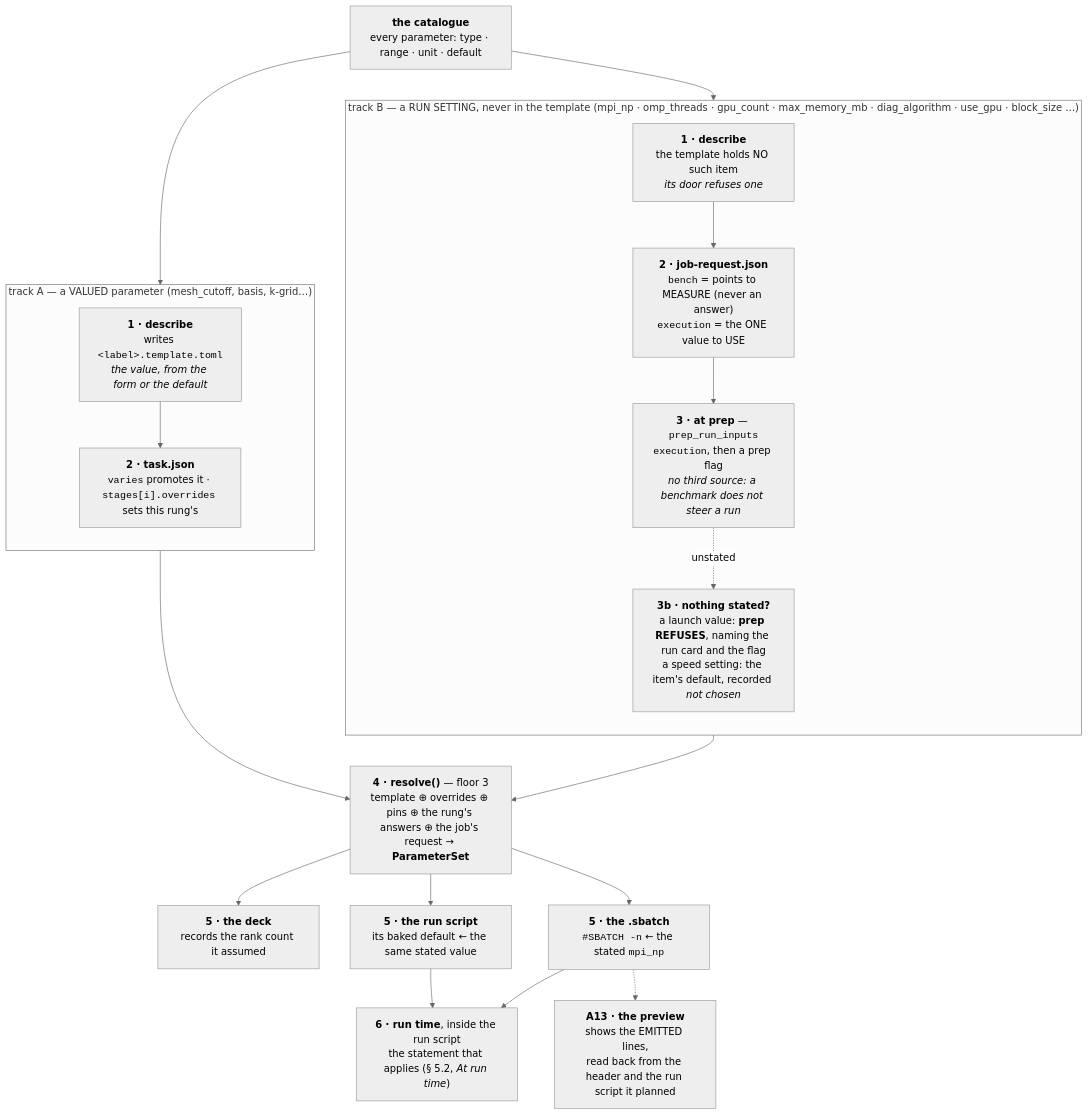
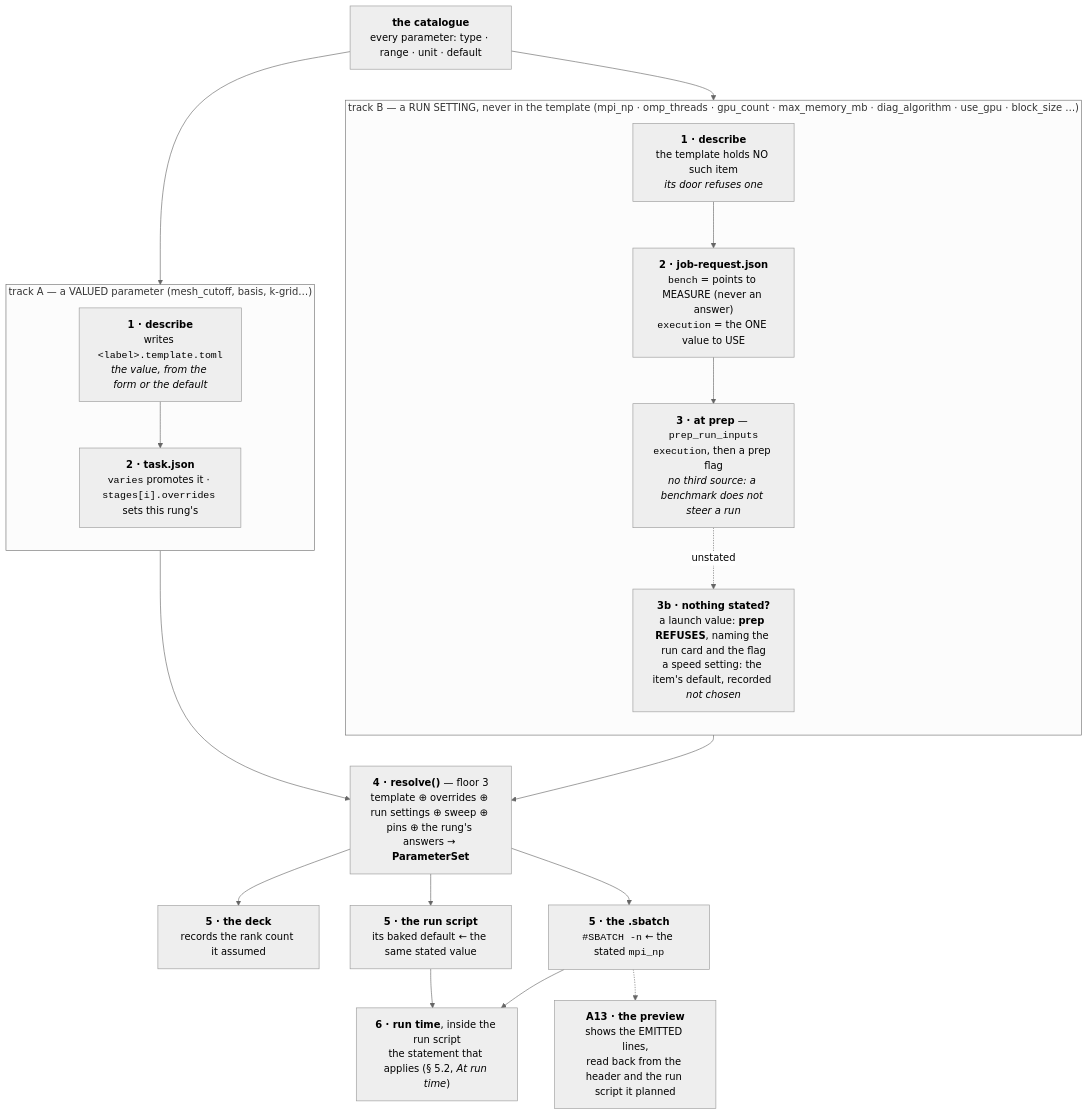
One commit to Qing-LAB/molbuilder changed the fifth of 7 diagrams in docs/execution/architecture.md. Above: the diagram before and after it, drawn with Mermaid (neutral theme). The commit also changed other lines of this file and 59 other files, not shown here.

````diff
--- a/docs/execution/architecture.md
+++ b/docs/execution/architecture.md
@@ -1114,39 +1111,39 @@
 ```mermaid
 flowchart TB
     CAT["<b>the catalogue</b><br/>every parameter: type · range · unit · default"]
 
     subgraph VAL["track A — a VALUED parameter (mesh_cutoff, basis, k-grid…)"]
         direction TB
         A1["<b>1 · describe</b><br/>writes <code>&lt;label&gt;.template.toml</code><br/><i>the value, from the form or the default</i>"]
         A2["<b>2 · task.json</b><br/><code>varies</code> promotes it · <code>stages[i].overrides</code> sets this rung's"]
         A1 --> A2
     end
 
     subgraph MACH["track B — a RUN SETTING, never in the template (mpi_np · omp_threads · gpu_count · max_memory_mb · diag_algorithm · use_gpu · block_size …)"]
         direction TB
         B1["<b>1 · describe</b><br/>the template holds NO such item<br/><i>its door refuses one</i>"]
         B2["<b>2 · job-request.json</b><br/><code>bench</code> = points to MEASURE (never an answer)<br/><code>execution</code> = the ONE value to USE"]
         B3["<b>3 · at prep</b> — <code>prep_run_inputs</code><br/><code>execution</code>, then a prep flag<br/><i>no third source: a benchmark does not steer a run</i>"]
         B4["<b>3b · nothing stated?</b><br/>a launch value: <b>prep REFUSES</b>, naming the run card and the flag<br/>a speed setting: the item's default, recorded <i>not chosen</i>"]
         B1 --> B2 --> B3
         B3 -.->|"unstated"| B4
     end
 
-    RES["<b>4 · resolve()</b> — floor 3<br/>template ⊕ overrides ⊕ pins ⊕ the rung's answers ⊕ the job's request → <b>ParameterSet</b>"]
+    RES["<b>4 · resolve()</b> — floor 3<br/>template ⊕ overrides ⊕ run settings ⊕ sweep ⊕ pins ⊕ the rung's answers → <b>ParameterSet</b>"]
     DECK["<b>5 · the deck</b><br/>records the rank count it assumed"]
     SB["<b>5 · the .sbatch</b><br/><code>#SBATCH -n</code> ← the stated <code>mpi_np</code>"]
     WRAP["<b>5 · the run script</b><br/>its baked default ← the same stated value"]
     RUN["<b>6 · run time</b>, inside the run script<br/>the statement that applies (§ 5.2, <i>At run time</i>)"]
     CARD["<b>A13 · the preview</b><br/>shows the EMITTED lines,<br/>read back from the header and the run script it planned"]
 
     CAT --> A1
     CAT --> B1
     A2 --> RES
     B3 --> RES
     RES --> DECK
     RES --> SB
     RES --> WRAP
     SB --> RUN
     WRAP --> RUN
     SB -.-> CARD
 ```
````
